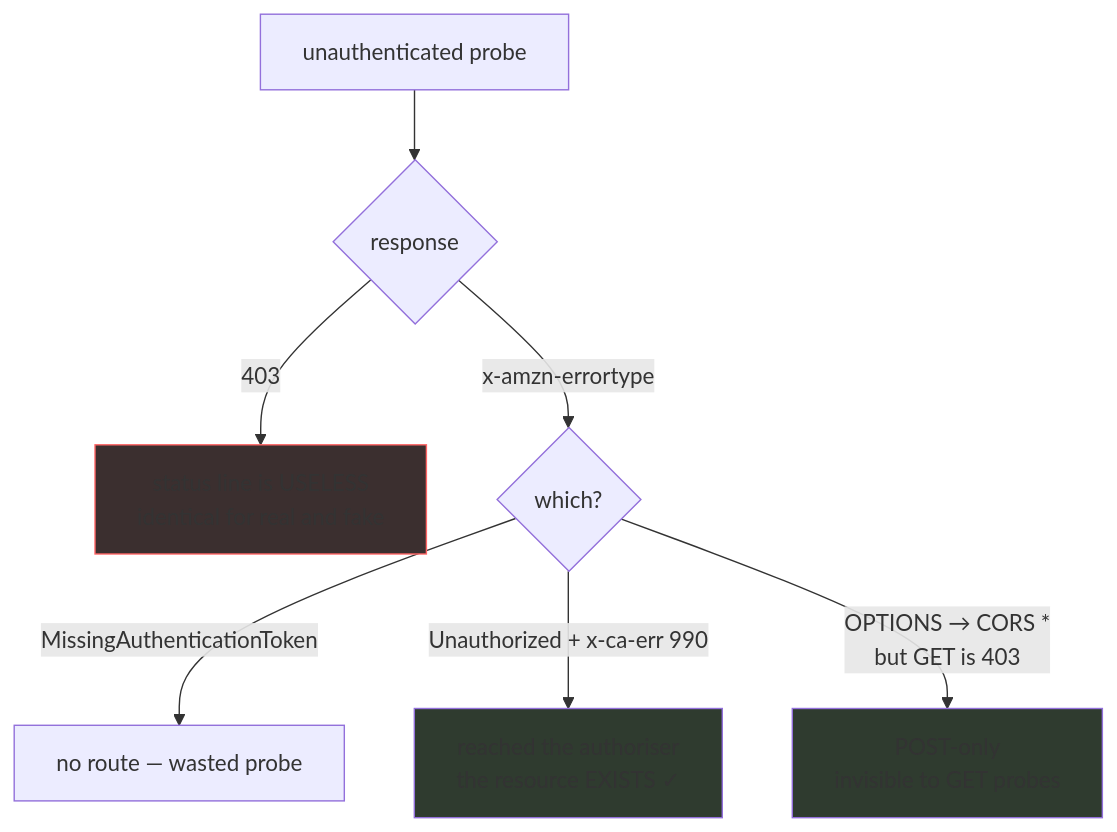
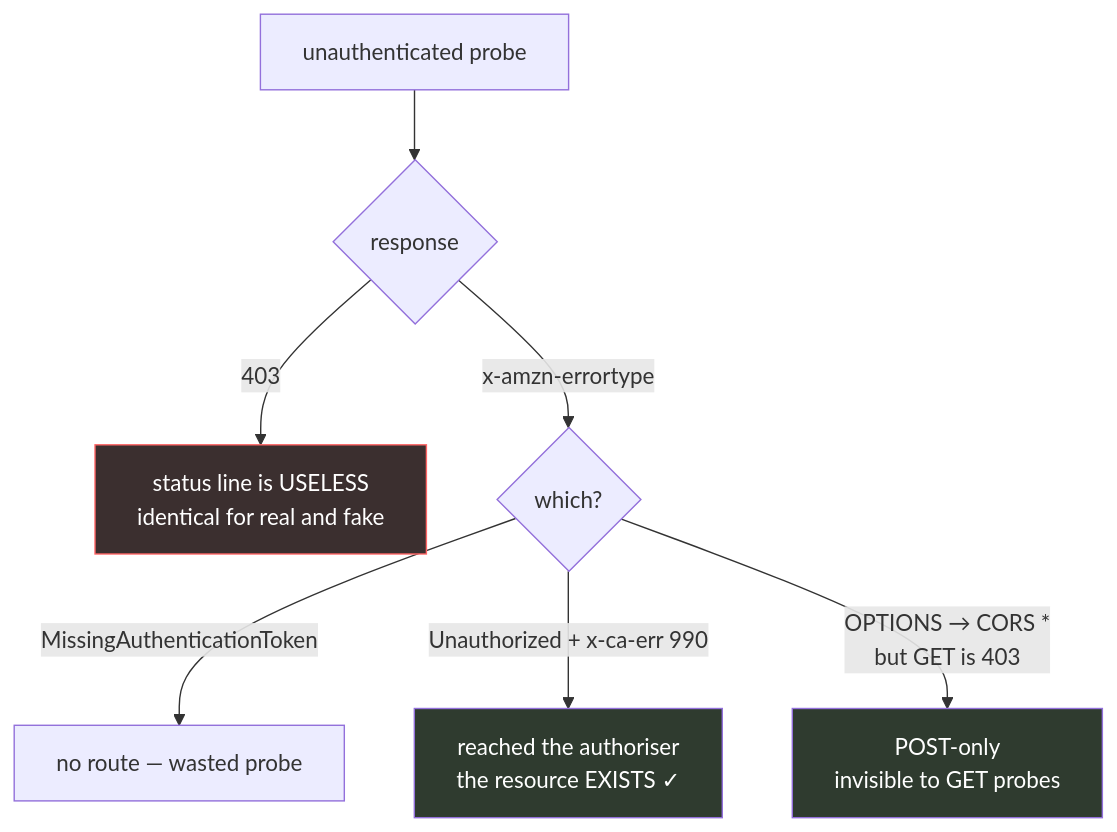
The second of 4 diagrams in README.md (NovaLux12/carelink-api-research), drawn with Mermaid before and after one commit. The commit also changed other lines of this file, not shown here.

First line of the commit message:
README: light text on dark Mermaid nodes

````diff
--- a/README.md
+++ b/README.md
@@ -102,12 +102,12 @@
 ```mermaid
 flowchart TD
     P["unauthenticated probe"] --> Q{response}
     Q -->|"403"| X["status line is USELESS<br/>identical for real and fake"]
     Q -->|"x-amzn-errortype"| T{which?}
     T -->|"MissingAuthenticationToken"| N["no route — wasted probe"]
     T -->|"Unauthorized + x-ca-err 990"| L["reached the authoriser<br/>the resource EXISTS ✓"]
     T -->|"OPTIONS → CORS *<br/>but GET is 403"| Q2["POST-only<br/>invisible to GET probes"]
-    style X fill:#3b2f2f,stroke:#f66
-    style L fill:#2f3b2f,stroke:#6f
-    style Q2 fill:#2f3b2f,stroke:#6f
+    style X fill:#3b2f2f,stroke:#f66,color:#fff
+    style L fill:#2f3b2f,stroke:#6f,color:#fff
+    style Q2 fill:#2f3b2f,stroke:#6f,color:#fff
 ```
````
